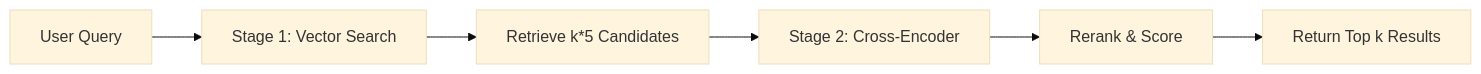
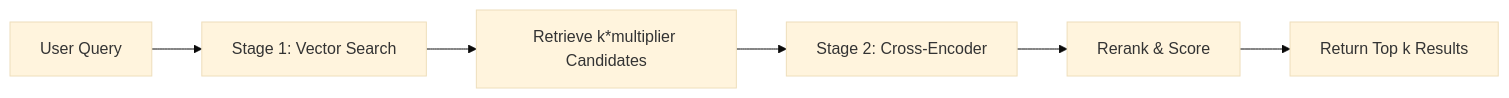
Before and after one commit to jbmiller10/semantik: the diagram in docs/RERANKING.md, drawn with Mermaid (base theme). The commit also changed other lines of this file and 37 other files, not shown here.

````diff
--- a/docs/RERANKING.md
+++ b/docs/RERANKING.md
@@ -11,8 +18,8 @@
 ```mermaid
 graph LR
     A[User Query] --> B[Stage 1: Vector Search]
-    B --> C[Retrieve k*5 Candidates]
+    B --> C[Retrieve k*multiplier Candidates]
     C --> D[Stage 2: Cross-Encoder]
     D --> E[Rerank & Score]
     E --> F[Return Top k Results]
 ```
````
